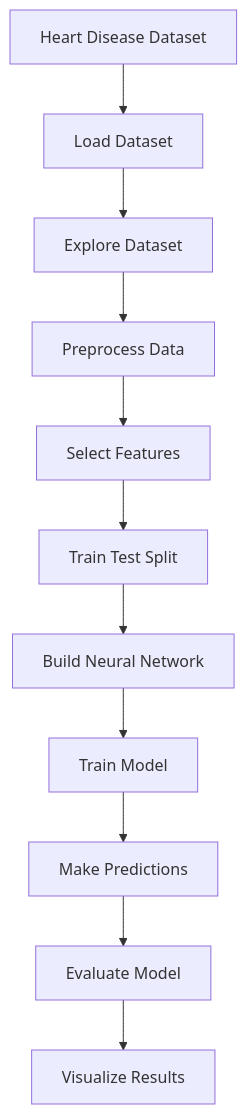
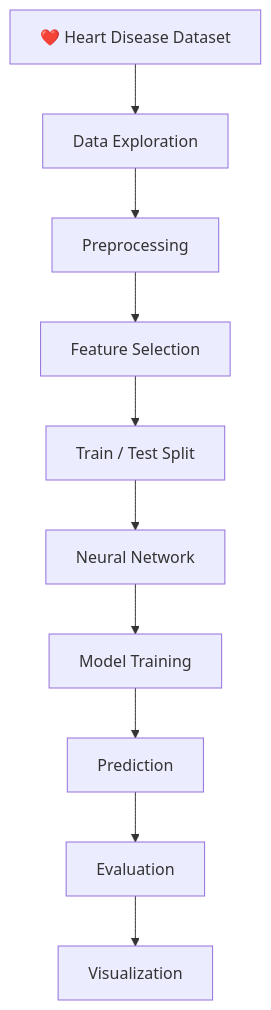
The third of 9 diagrams in README.md (rushirathod22/Deep_Learning_Assignment), drawn with Mermaid before and after one commit. The commit also changed other lines of this file, not shown here.

````diff
--- a/README.md
+++ b/README.md
@@ -140,13 +161,22 @@
 ```mermaid
 flowchart TD
-    A[Heart Disease Dataset] --> B[Load Dataset]
-    B --> C[Explore Dataset]
-    C --> D[Preprocess Data]
-    D --> E[Select Features]
-    E --> F[Train Test Split]
-    F --> G[Build Neural Network]
-    G --> H[Train Model]
-    H --> I[Make Predictions]
-    I --> J[Evaluate Model]
-    J --> K[Visualize Results]
+
+A["❤️ Heart Disease Dataset"] 
+--> B["Data Exploration"]
+
+B --> C["Preprocessing"]
+
+C --> D["Feature Selection"]
+
+D --> E["Train / Test Split"]
+
+E --> F["Neural Network"]
+
+F --> G["Model Training"]
+
+G --> H["Prediction"]
+
+H --> I["Evaluation"]
+
+I --> J["Visualization"]
 ```
````
